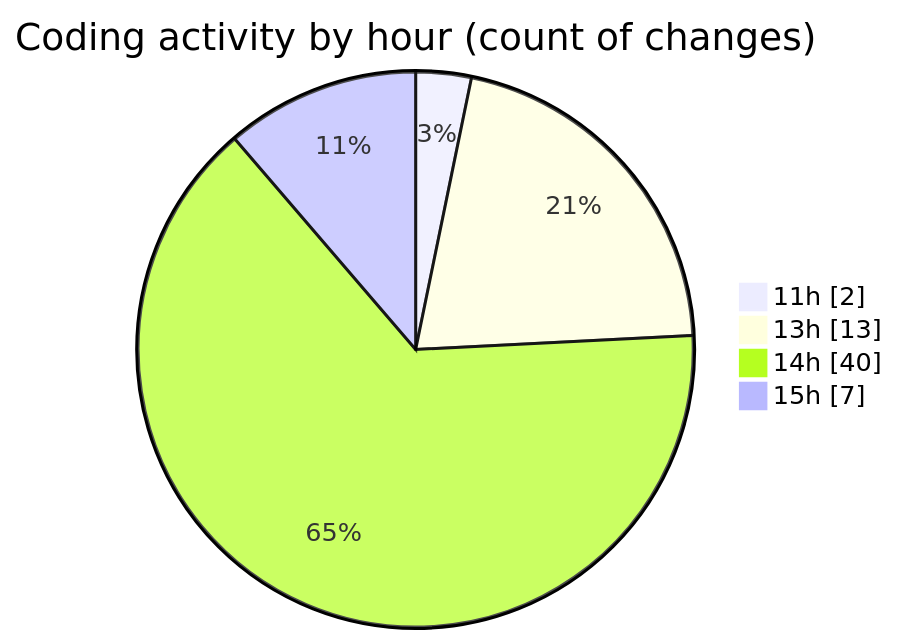
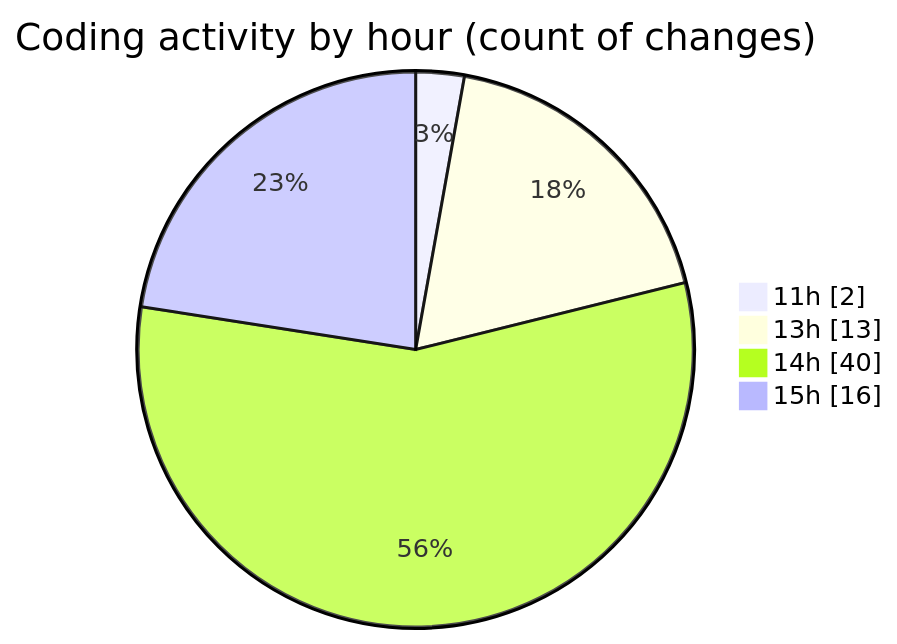
One commit to nxtqubesakshisongat/code-tracking changed the second of 2 diagrams in 2026-03-22/nxtqube_webapp/README.md. Above: the diagram before and after it, drawn with Mermaid. The commit also changed other lines of this file and 1 other file, not shown here.

````diff
--- a/2026-03-22/nxtqube_webapp/README.md
+++ b/2026-03-22/nxtqube_webapp/README.md
@@ -30,8 +31,8 @@
 ```mermaid
 pie showData
 title Coding activity by hour (count of changes)
 "11h" : 2
 "13h" : 13
 "14h" : 40
-"15h" : 7
+"15h" : 16
 ```
````
